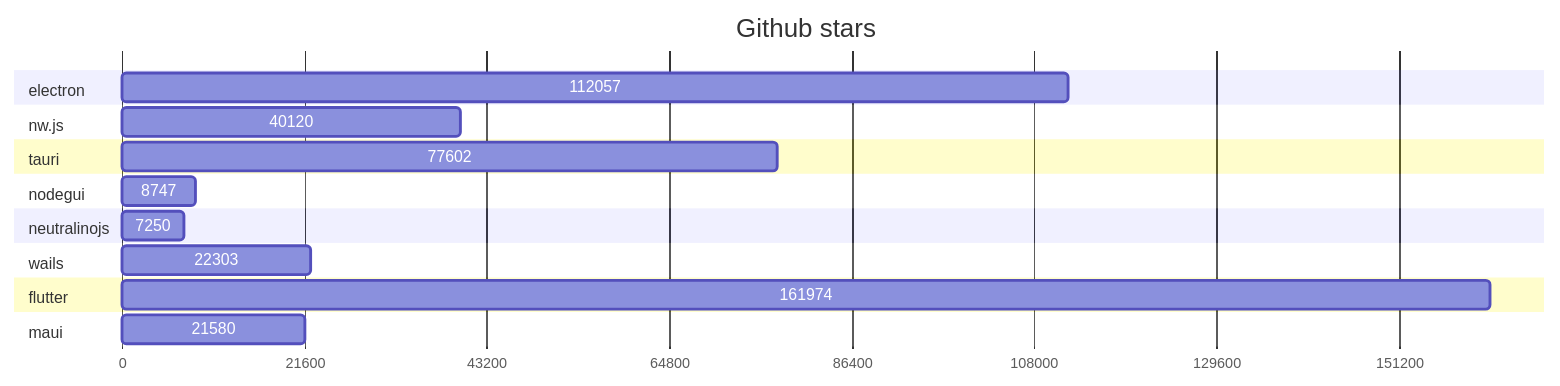
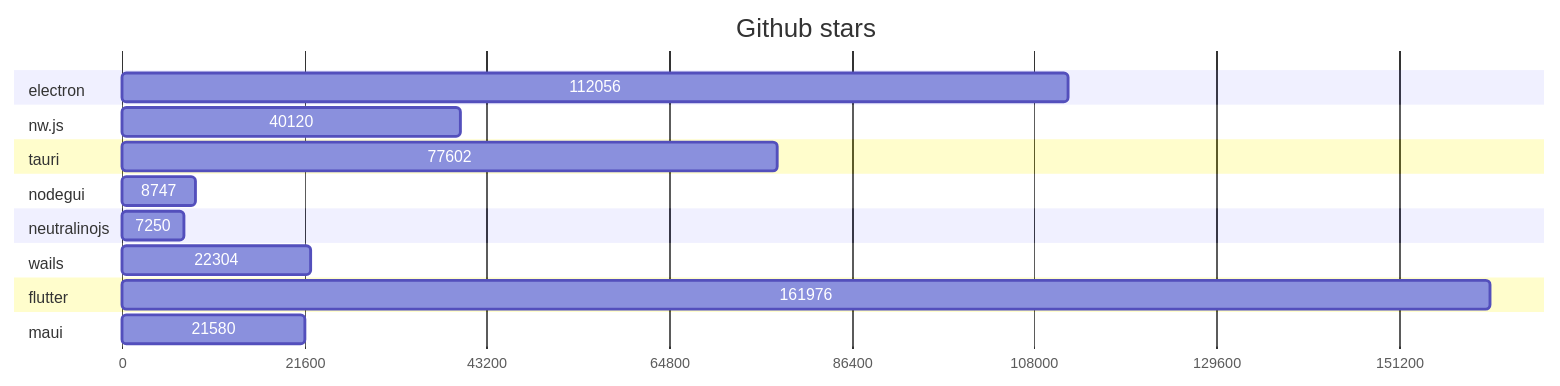
The first of 2 diagrams in GRAPHS.md (Elanis/web-to-desktop-framework-comparison), drawn with Mermaid before and after one commit. The commit also changed 2 other files, not shown here.

Commit message:
Update stars & Fork

````diff
--- a/GRAPHS.md
+++ b/GRAPHS.md
@@ -5,40 +5,40 @@
 ```mermaid
 gantt
     title Github stars
     dateFormat  X
     axisFormat %s
 
 
 	section electron
-	112057 : 0, 112057
+	112056 : 0, 112056
 
 	
 	section nw.js
 	40120 : 0, 40120
 
 	
 	section tauri
 	77602 : 0, 77602
 
 	
 	section nodegui
 	8747 : 0, 8747
 
 	
 	section neutralinojs
 	7250 : 0, 7250
 
 	
 	section wails
-	22303 : 0, 22303
+	22304 : 0, 22304
 
 	
 	section flutter
-	161974 : 0, 161974
+	161976 : 0, 161976
 
 	
 	section maui
 	21580 : 0, 21580
 
 	
 ```
````
